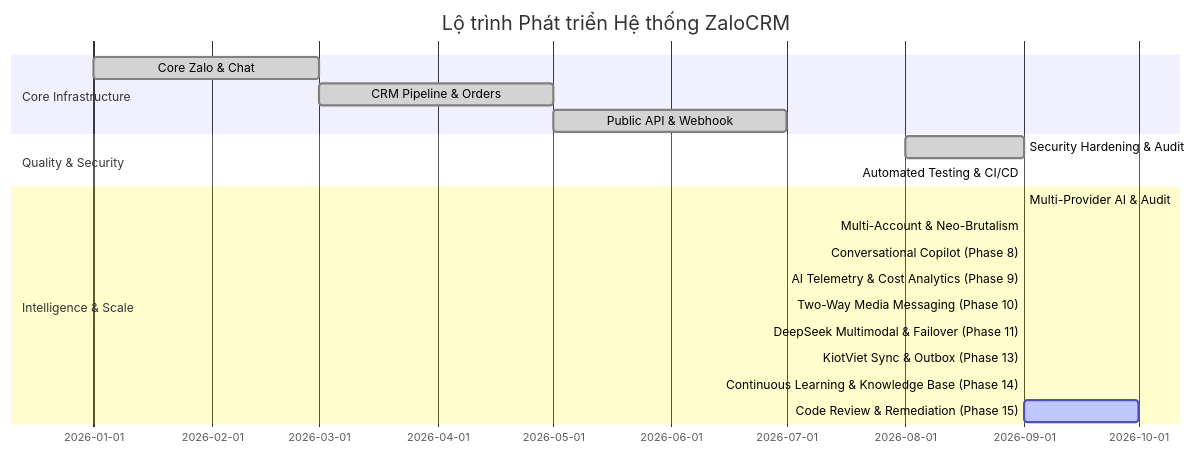
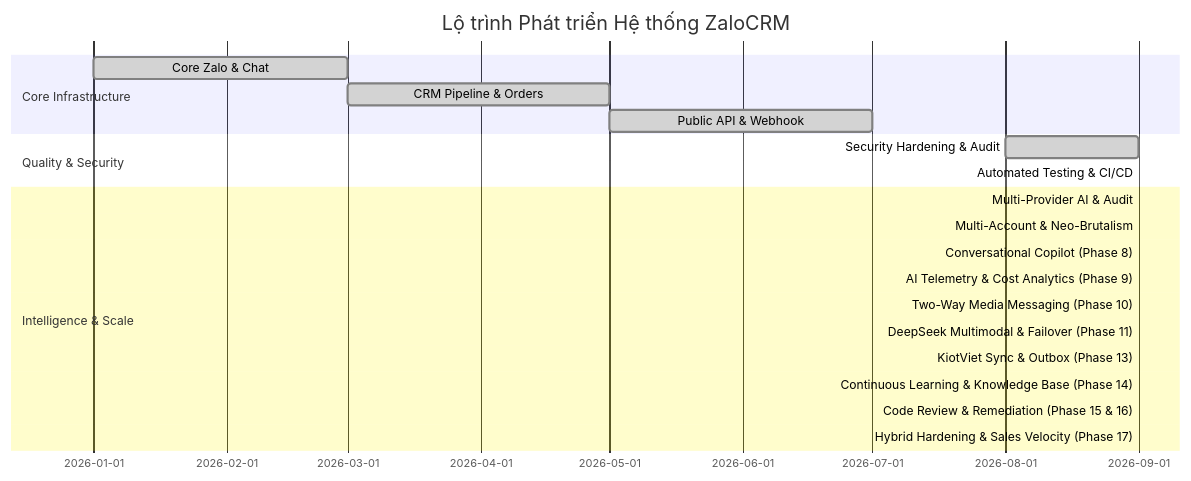
Before and after one commit to duynghien/ZaloCRM: the diagram in docs/project-roadmap.md, drawn with Mermaid. The commit also changed other lines of this file and 2 other files, not shown here.

Commit message:
docs: update roadmap, codebase summary, and standards for hybrid hardening

````diff
--- a/docs/project-roadmap.md
+++ b/docs/project-roadmap.md
@@ -7,22 +7,23 @@
 ```mermaid
 gantt
     title Lộ trình Phát triển Hệ thống ZaloCRM
     dateFormat  YYYY-MM
     section Core Infrastructure
     Core Zalo & Chat           :done,    des1, 2026-01, 2026-03
     CRM Pipeline & Orders      :done,    des2, 2026-03, 2026-05
     Public API & Webhook       :done,    des3, 2026-05, 2026-07
     section Quality & Security
     Security Hardening & Audit :done,    des4, 2026-08, 2026-09
     Automated Testing & CI/CD  :done,    des5, 2026-09, 2026-09
     section Intelligence & Scale
     Multi-Provider AI & Audit  :done,    des6, 2026-09, 2026-09
     Multi-Account & Neo-Brutalism :done, des7, 2026-09, 2026-09
     Conversational Copilot (Phase 8) :done, des8, 2026-09, 2026-09
     AI Telemetry & Cost Analytics (Phase 9) :done, des9, 2026-09, 2026-09
     Two-Way Media Messaging (Phase 10) :done, des10, 2026-09, 2026-09
     DeepSeek Multimodal & Failover (Phase 11) :done, des11, 2026-09, 2026-09
     KiotViet Sync & Outbox (Phase 13) :done, des13, 2026-09, 2026-09
     Continuous Learning & Knowledge Base (Phase 14) :done, des14, 2026-09, 2026-09
-    Code Review & Remediation (Phase 15) :active, des15, 2026-09, 2026-10
+    Code Review & Remediation (Phase 15 & 16) :done, des15, 2026-09, 2026-09
+    Hybrid Hardening & Sales Velocity (Phase 17) :done, des17, 2026-09, 2026-09
 ```
````
